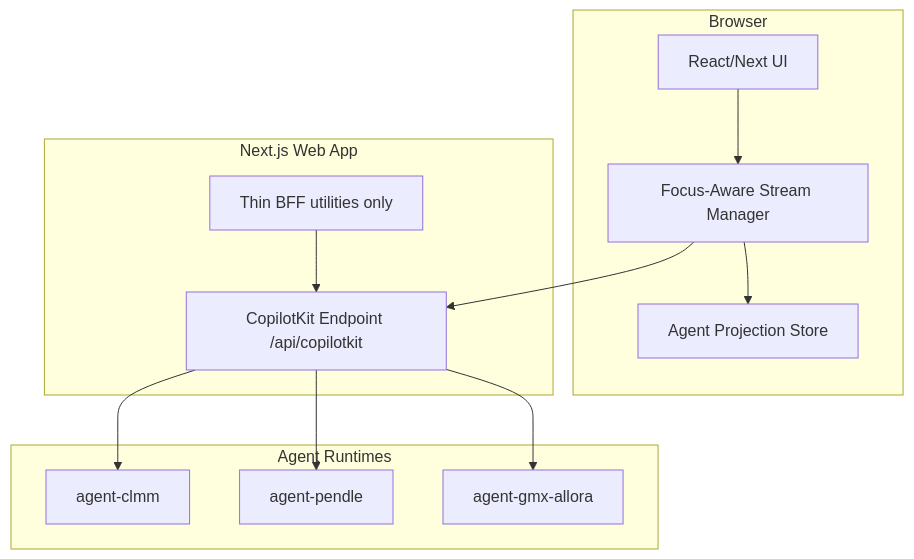
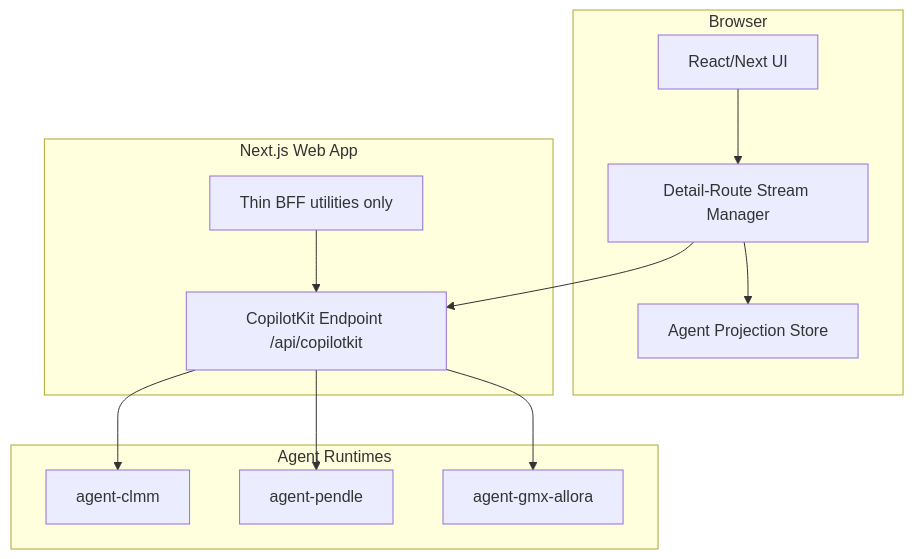
The second of 6 diagrams in typescript/clients/web-ag-ui/docs/c4-target-architecture-web-ag-ui-agents.md (EmberAGI/arbitrum-vibekit), drawn with Mermaid before and after one commit. The commit also changed other lines of this file and 4 other files, not shown here.

````diff
--- a/typescript/clients/web-ag-ui/docs/c4-target-architecture-web-ag-ui-agents.md
+++ b/typescript/clients/web-ag-ui/docs/c4-target-architecture-web-ag-ui-agents.md
@@ -52,27 +52,27 @@
 ```mermaid
 flowchart TB
   subgraph Browser[Browser]
     UI[React/Next UI]
     Store[Agent Projection Store]
-    StreamMgr[Focus-Aware Stream Manager]
+    StreamMgr[Detail-Route Stream Manager]
   end
 
   subgraph WebServer[Next.js Web App]
     CK[CopilotKit Endpoint /api/copilotkit]
     BFF[Thin BFF utilities only]
   end
 
   subgraph AgentRuntimes[Agent Runtimes]
     CLMM[agent-clmm]
     PENDLE[agent-pendle]
     GMX[agent-gmx-allora]
   end
 
   UI --> StreamMgr
   StreamMgr --> Store
   StreamMgr --> CK
   BFF --> CK
   CK --> CLMM
   CK --> PENDLE
   CK --> GMX
 ```
````
